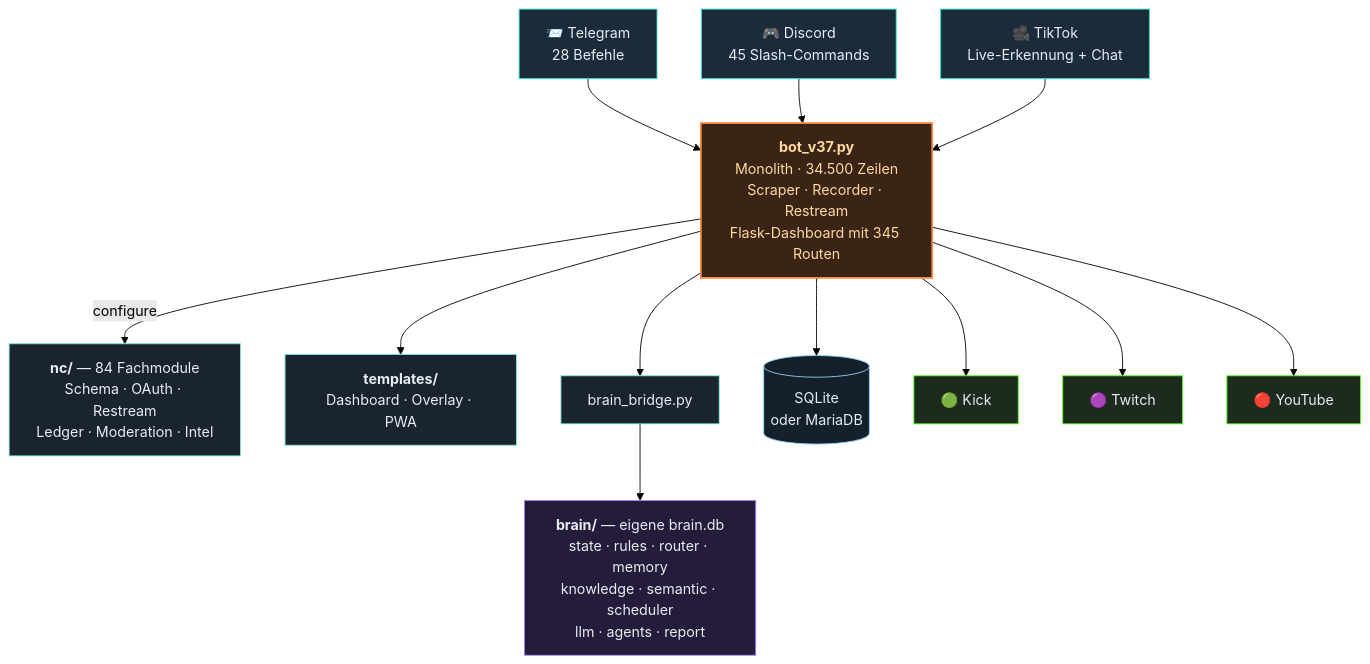
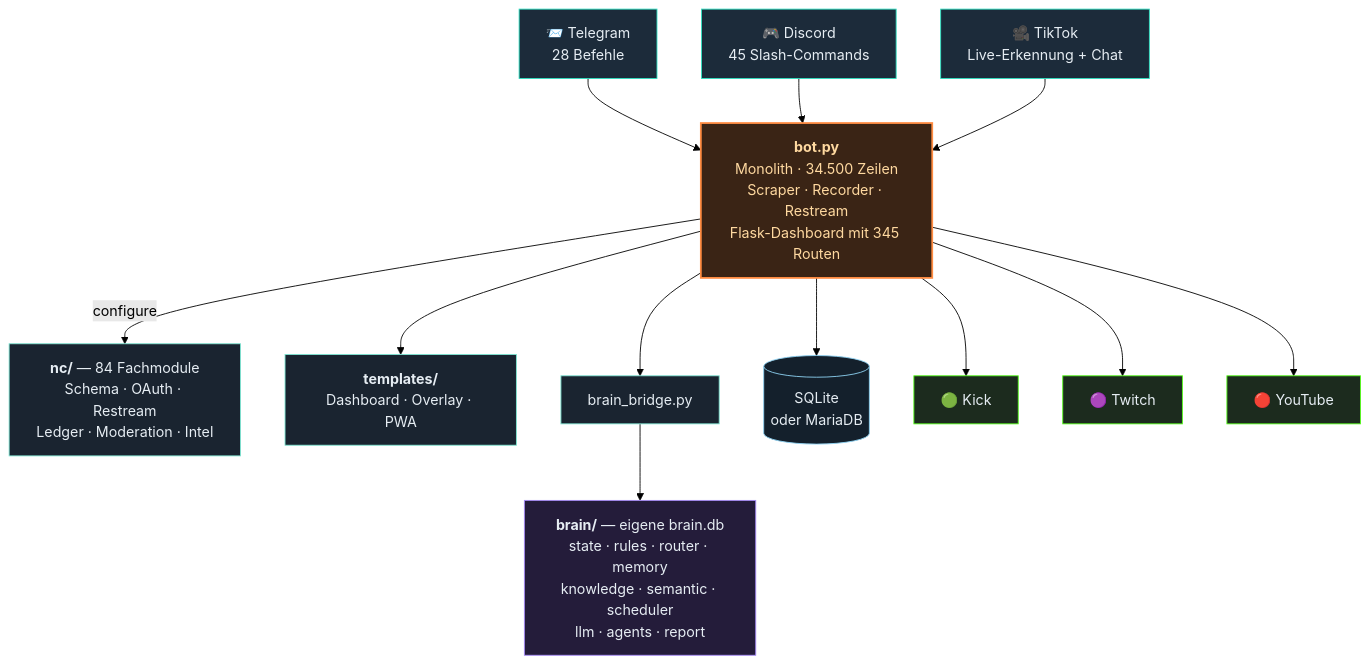
One commit to itsamemedev/Telegram-Stream-Info-Bot changed the third of 4 diagrams in README.md. Above: the diagram before and after it, drawn with Mermaid (forest theme). The commit also changed other lines of this file and 106 other files, not shown here.

````diff
--- a/README.md
+++ b/README.md
@@ -174,29 +174,29 @@
 ```mermaid
 flowchart TB
     TG["📨 Telegram<br/>28 Befehle"]:::in
     DC["🎮 Discord<br/>45 Slash-Commands"]:::in
     TT["🎥 TikTok<br/>Live-Erkennung + Chat"]:::in
 
     TG --> BOT
     DC --> BOT
     TT --> BOT
 
-    BOT["<b>bot_v37.py</b><br/>Monolith · 34.500 Zeilen<br/>Scraper · Recorder · Restream<br/>Flask-Dashboard mit 345 Routen"]:::core
+    BOT["<b>bot.py</b><br/>Monolith · 34.500 Zeilen<br/>Scraper · Recorder · Restream<br/>Flask-Dashboard mit 345 Routen"]:::core
 
     BOT -->|configure| NC["<b>nc/</b> — 84 Fachmodule<br/>Schema · OAuth · Restream<br/>Ledger · Moderation · Intel"]:::lib
     BOT --> TPL["<b>templates/</b><br/>Dashboard · Overlay · PWA"]:::lib
     BOT --> BR["brain_bridge.py"]:::lib
     BR --> BRAIN["<b>brain/</b> — eigene brain.db<br/>state · rules · router · memory<br/>knowledge · semantic · scheduler<br/>llm · agents · report"]:::brain
     BOT --> DB[("SQLite<br/>oder MariaDB")]:::db
 
     BOT --> KICK["🟢 Kick"]:::out
     BOT --> TW["🟣 Twitch"]:::out
     BOT --> YT["🔴 YouTube"]:::out
 
     classDef in fill:#1c2b3a,stroke:#2de1c2,color:#e6edf3
     classDef core fill:#3a2415,stroke:#ff8c42,stroke-width:2px,color:#ffd9a0
     classDef lib fill:#1a2430,stroke:#7fe7d4,color:#e6edf3
     classDef brain fill:#241c3a,stroke:#a78bfa,color:#e6edf3
     classDef db fill:#14202c,stroke:#8fd3f4,color:#e6edf3
     classDef out fill:#1c2b1e,stroke:#53fc18,color:#e6edf3
 ```
````
